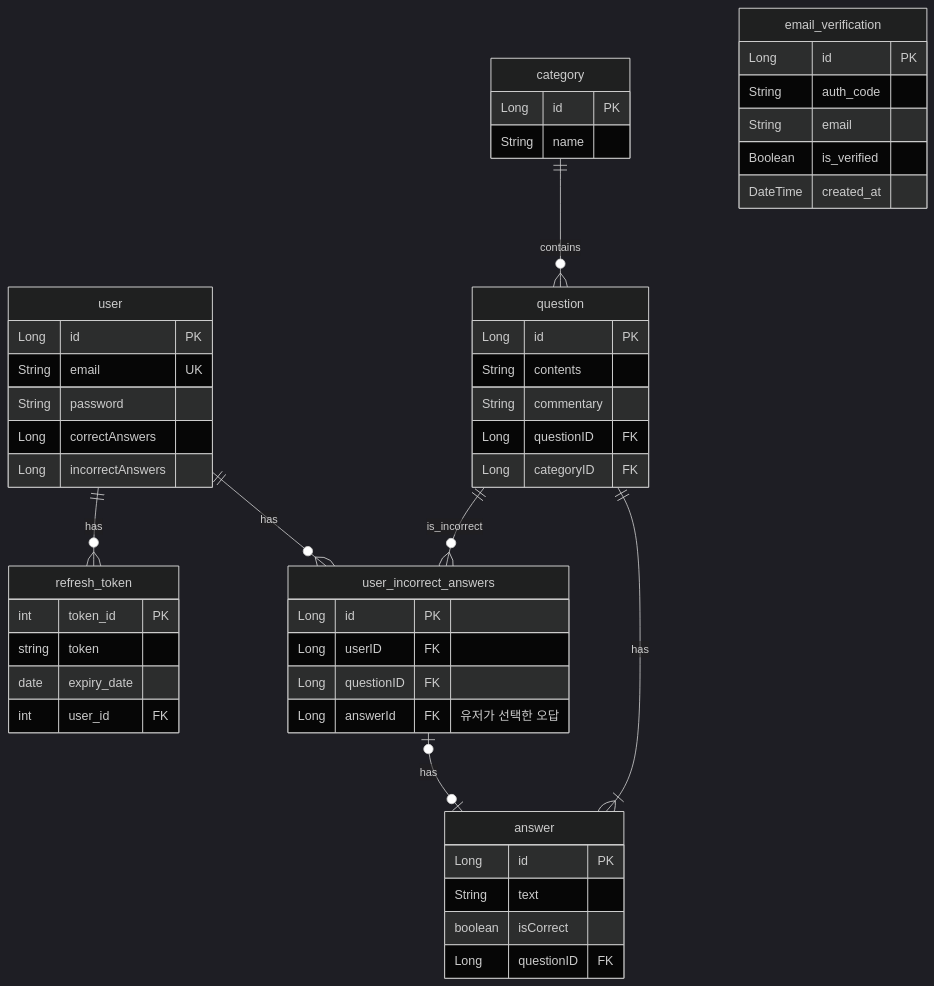
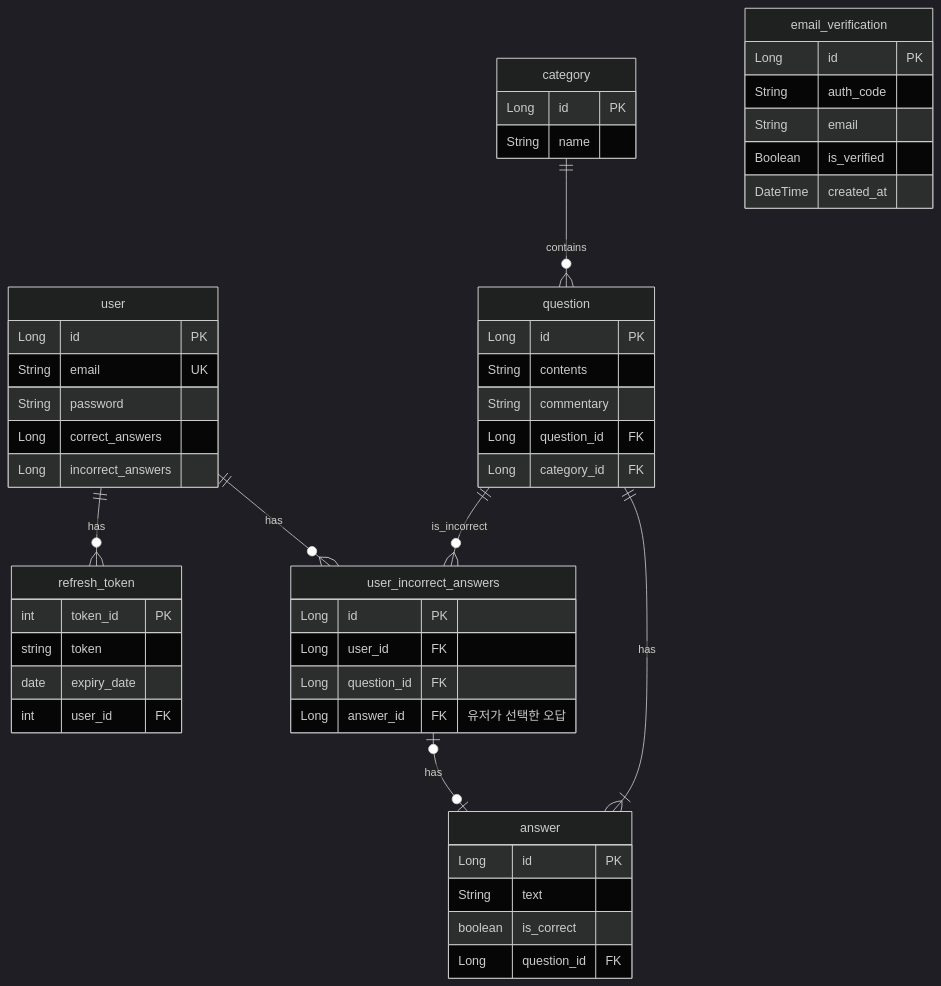
Before and after one commit to Q-int/Qint_Backend: the diagram in README.md, drawn with Mermaid (dark theme).

Commit message:
docs: erd 수정

````diff
--- a/README.md
+++ b/README.md
@@ -3,59 +3,59 @@
 ```mermaid
 erDiagram
     user {
         Long id PK
         String email UK
         String password
-        Long correctAnswers
-        Long incorrectAnswers
+        Long correct_answers
+        Long incorrect_answers
     }
 
     category {
         Long id PK
         String name
     }
 
     question {
         Long id PK
         String contents
         String commentary
-        Long questionID FK
-        Long categoryID FK
+        Long question_id FK
+        Long category_id FK
     }
     
     answer {
         Long id PK
         String text
-        boolean isCorrect
-        Long questionID FK
+        boolean is_correct
+        Long question_id FK
     }
 
     user_incorrect_answers {
         Long id PK
-        Long userID FK
-        Long questionID FK
-        Long answerId FK "유저가 선택한 오답"
+        Long user_id FK
+        Long question_id FK
+        Long answer_id FK "유저가 선택한 오답"
     }
 
     email_verification {
         Long id PK
         String auth_code
         String email
         Boolean is_verified
         DateTime created_at
     }
 
     refresh_token {
         int token_id PK
         string token
         date expiry_date
         int user_id FK
     }
 
     user ||--o{ user_incorrect_answers : has
     user ||--o{ refresh_token : has
     category ||--o{ question : contains
     question ||--|{ answer : has
     question ||--o{ user_incorrect_answers : is_incorrect
     user_incorrect_answers |o--o| answer : has
 ```
````
